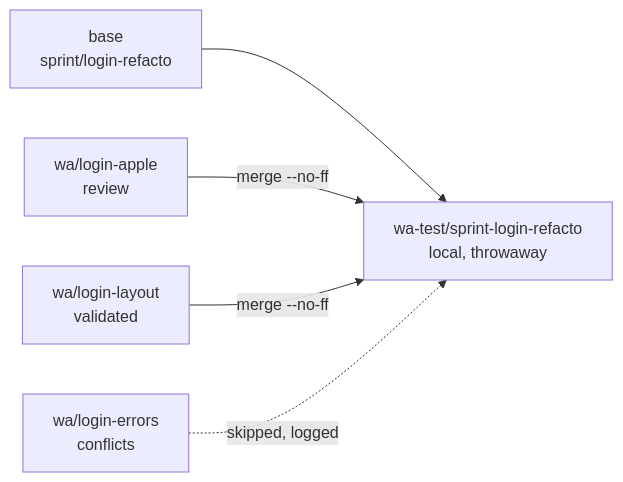
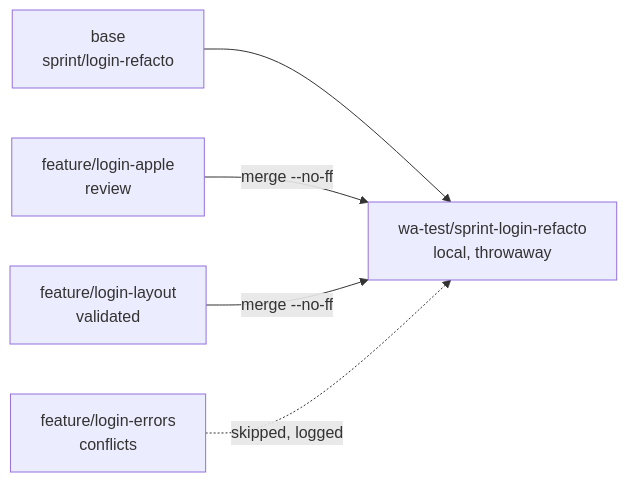
The seventh of 8 diagrams in WORKFLOW.md (rlatapy-luna/whackagent), drawn with Mermaid before and after one commit. The commit also changed other lines of this file and 37 other files, not shown here.

````diff
--- a/WORKFLOW.md
+++ b/WORKFLOW.md
@@ -216,7 +216,7 @@
 ```mermaid
 flowchart LR
     base["base<br/>sprint/login-refacto"] --> test["wa-test/sprint-login-refacto<br/>local, throwaway"]
-    a["wa/login-apple<br/>review"] -->|merge --no-ff| test
-    b["wa/login-layout<br/>validated"] -->|merge --no-ff| test
-    c["wa/login-errors<br/>conflicts"] -.->|skipped, logged| test
+    a["feature/login-apple<br/>review"] -->|merge --no-ff| test
+    b["feature/login-layout<br/>validated"] -->|merge --no-ff| test
+    c["feature/login-errors<br/>conflicts"] -.->|skipped, logged| test
 ```
````
